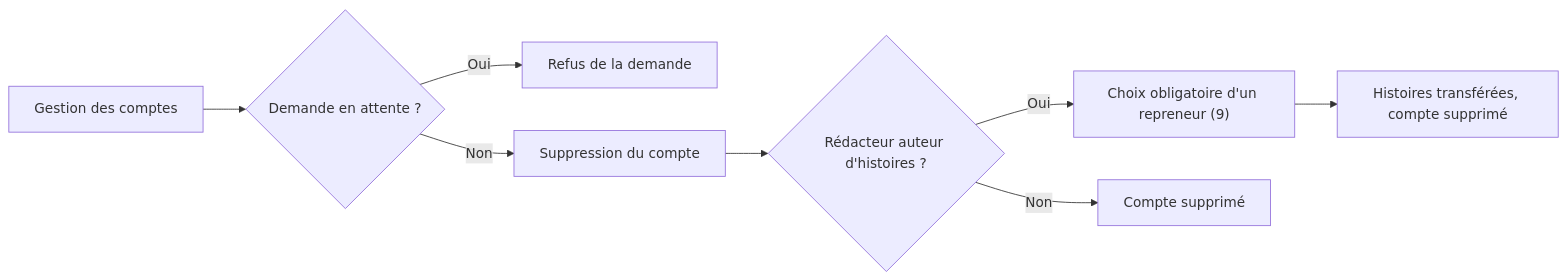
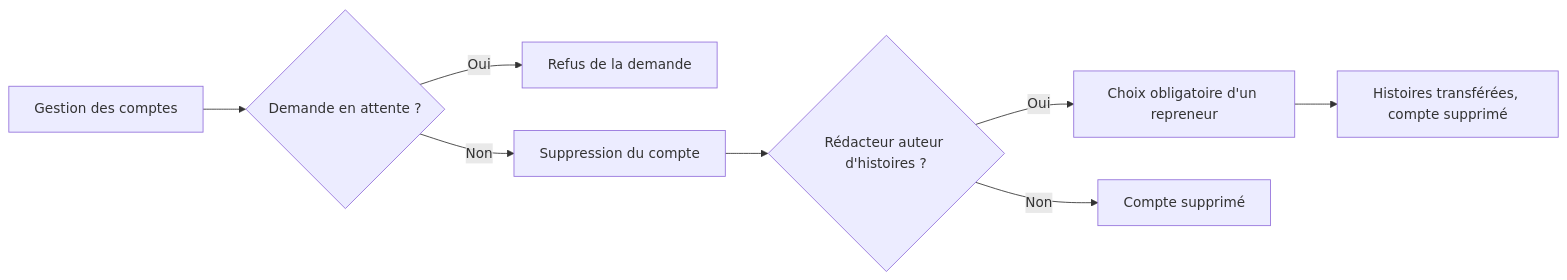
One commit to Korrighed/safe-campus-back changed the tenth of 12 diagrams in docs/cahier-des-charges-techniques.md. Above: the diagram before and after it, drawn with Mermaid. The commit also changed other lines of this file and 42 other files, not shown here.

````diff
--- a/docs/cahier-des-charges-techniques.md
+++ b/docs/cahier-des-charges-techniques.md
@@ -444,10 +516,10 @@
 ```mermaid
 flowchart LR
   A["Gestion des comptes"] --> B{"Demande en attente ?"}
   B -->|Oui| C["Refus de la demande"]
   B -->|Non| D["Suppression du compte"]
   D --> E{"Rédacteur auteur d'histoires ?"}
-  E -->|Oui| F["Choix obligatoire d'un repreneur (9)"]
+  E -->|Oui| F["Choix obligatoire d'un repreneur"]
   F --> G["Histoires transférées, compte supprimé"]
   E -->|Non| H["Compte supprimé"]
 ```
````
